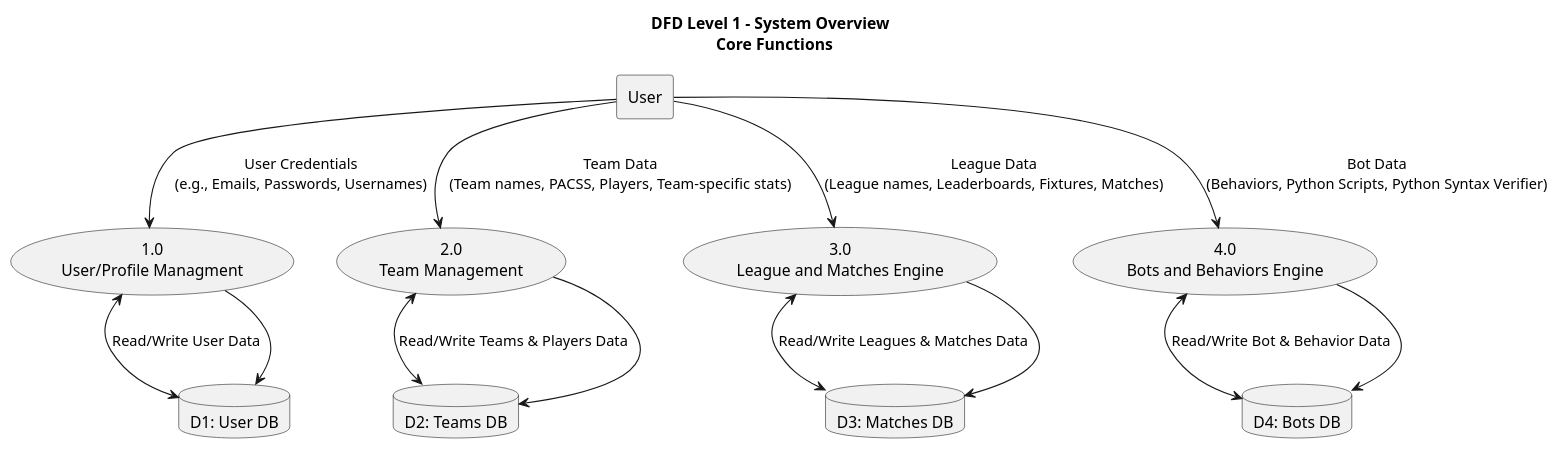
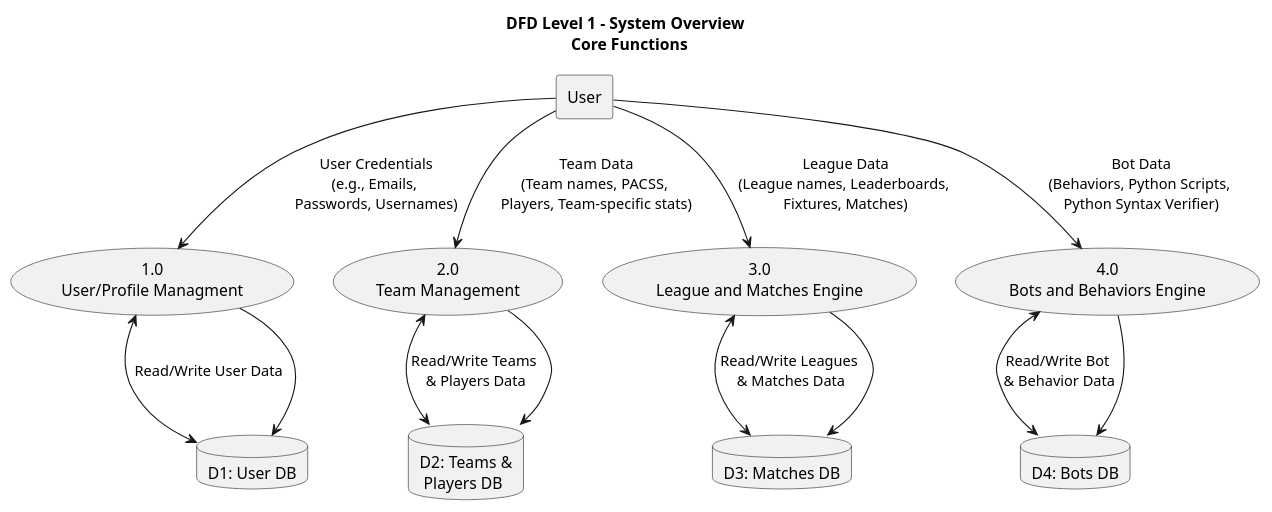
The second of 13 diagrams in DFD.md (IngSoft1-IGC/ProyectDoc-Ing-Soft2026), drawn with PlantUML before and after one commit. The commit also changed other lines of this file, not shown here.

Commit message:
Implemented Edit User Profile, Player Management, Team Management, Leagues in course

````diff
--- a/DFD.md
+++ b/DFD.md
@@ -18,36 +19,36 @@
 ```plantuml
 title DFD Level 1 - System Overview \n Core Functions
 
 ' External Entity
 rectangle "User" as User
 
 ' Processes (Functions)
 
 usecase "1.0\nUser/Profile Managment" as P1
 usecase "2.0\nTeam Management" as P2
 usecase "3.0\nLeague and Matches Engine" as P3
 usecase "4.0\nBots and Behaviors Engine" as P4
 
 ' Data Store 
 database "D1: User DB" as DB1
-database "D2: Teams DB" as DB2
+database "D2: Teams &\n Players DB" as DB2
 database "D3: Matches DB" as DB3
 database "D4: Bots DB" as DB4
 
-User --> P1 : User Credentials\n(e.g., Emails, Passwords, Usernames)
+User --> P1 : User Credentials\n(e.g., Emails, \nPasswords, Usernames)
 P1 <--> DB1 : Read/Write User Data
 
-User --> P2 : Team Data\n(Team names, PACSS, Players, Team-specific stats)
-P2 <--> DB2 : Read/Write Teams & Players Data
+User --> P2 : Team Data\n(Team names, PACSS, \nPlayers, Team-specific stats)
+P2 <--> DB2 : Read/Write Teams \n& Players Data
 
-User --> P3 : League Data\n(League names, Leaderboards, Fixtures, Matches)
-P3 <--> DB3 : Read/Write Leagues & Matches Data
+User --> P3 : League Data\n(League names, Leaderboards, \nFixtures, Matches)
+P3 <--> DB3 : Read/Write Leagues \n& Matches Data
 
-User --> P4 : Bot Data\n(Behaviors, Python Scripts, Python Syntax Verifier) 
-P4 <--> DB4 : Read/Write Bot & Behavior Data
+User --> P4 : Bot Data\n(Behaviors, Python Scripts, \nPython Syntax Verifier) 
+P4 <--> DB4 : Read/Write Bot \n& Behavior Data
 
 P1 --> DB1
 P2 --> DB2
 P3 --> DB3
 P4 --> DB4
 ```
````
